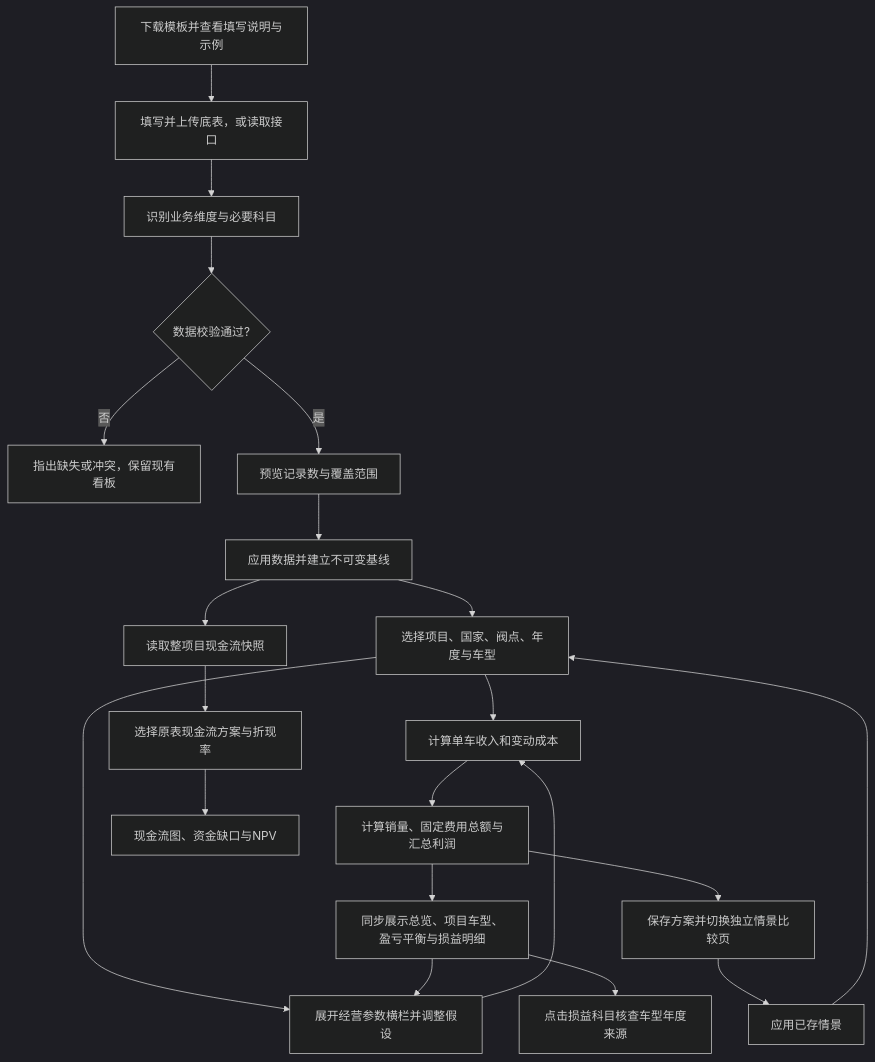
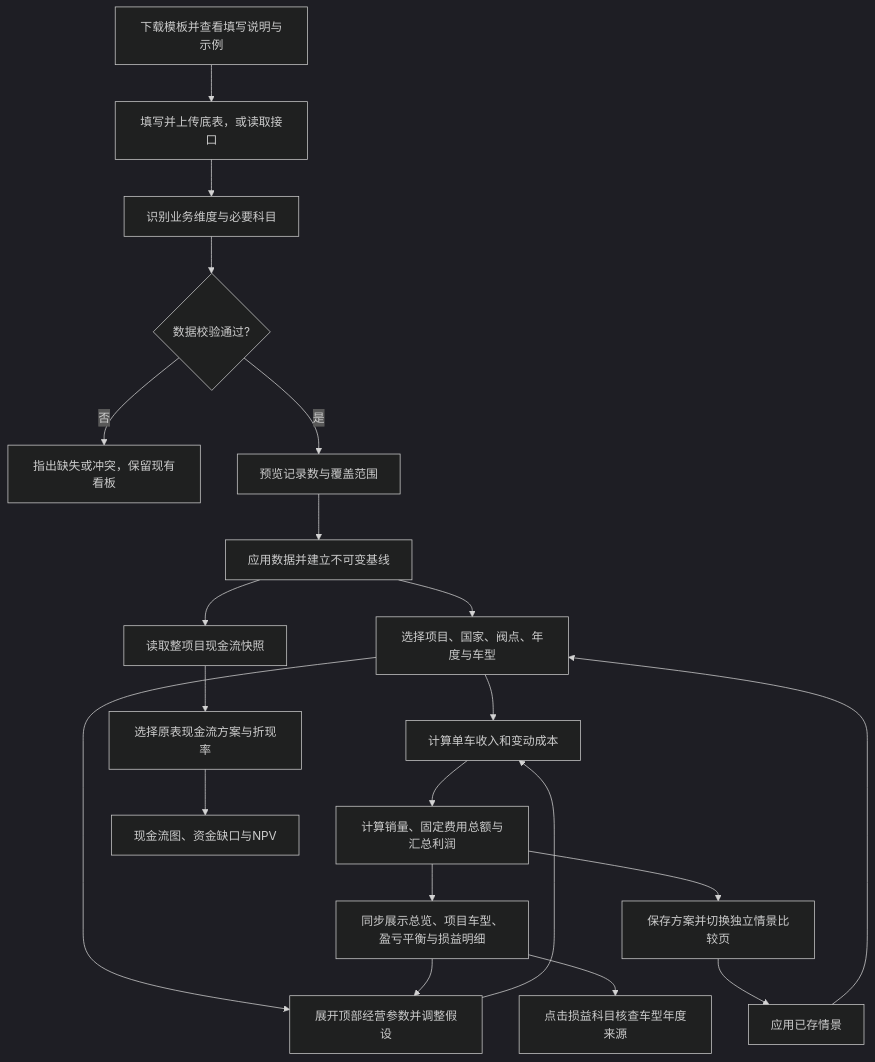
The diagram in public/checkmi/业务逻辑说明.md (yinpengtao2002-ai/yinpengtao2002-ai.github.io), drawn with Mermaid (dark theme) before and after one commit. The commit also changed other lines of this file and 7 other files, not shown here.

Commit message:
Update checkmi with compact fixed controls and objective chart labels

````diff
--- a/public/checkmi/业务逻辑说明.md
+++ b/public/checkmi/业务逻辑说明.md
@@ -43,23 +43,23 @@
 ```mermaid
 flowchart TD
  A0[下载模板并查看填写说明与示例] --> A[填写并上传底表，或读取接口]
  A --> B[识别业务维度与必要科目]
  B --> C{数据校验通过?}
  C -- 否 --> D[指出缺失或冲突，保留现有看板]
  C -- 是 --> E[预览记录数与覆盖范围]
  E --> F[应用数据并建立不可变基线]
  F --> G[选择项目、国家、阀点、年度与车型]
  G --> H
- G --> K[展开经营参数横栏并调整假设]
+ G --> K[展开顶部经营参数并调整假设]
  K --> H[计算单车收入和变动成本]
  H --> I[计算销量、固定费用总额与汇总利润]
  I --> J[同步展示总览、项目车型、盈亏平衡与损益明细]
  J --> K
  I --> L[保存方案并切换独立情景比较页]
  L --> P[应用已存情景]
  P --> G
  J --> Q[点击损益科目核查车型年度来源]
  F --> M[读取整项目现金流快照]
  M --> N[选择原表现金流方案与折现率]
  N --> O[现金流图、资金缺口与NPV]
 ```
````
